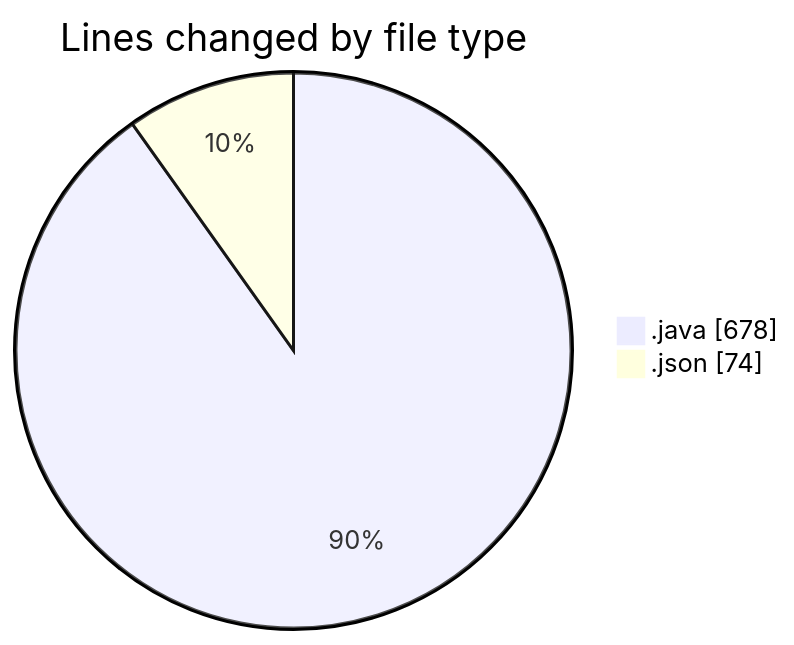
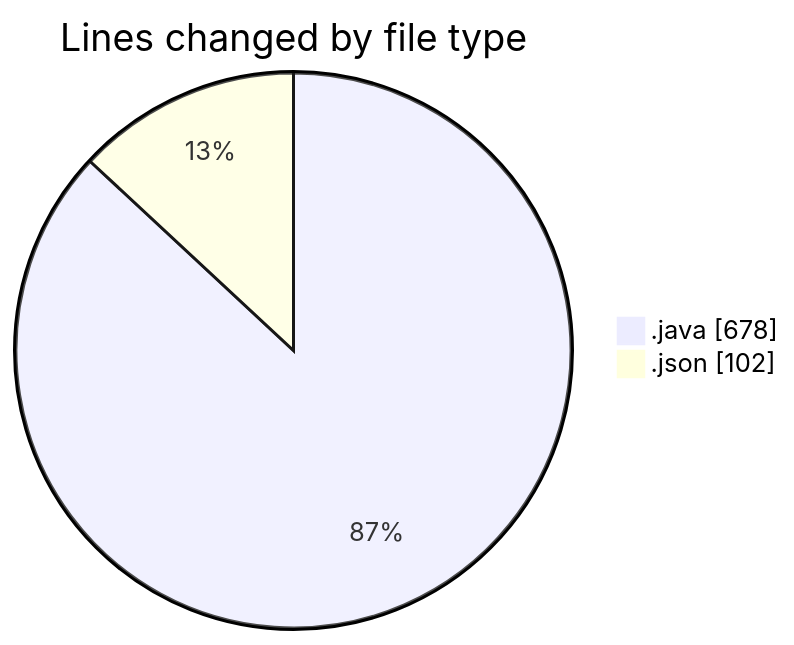
One commit to NitaiMahat/code-tracking changed the first of 2 diagrams in 2025-05-27/minisocialnetwork/README.md. Above: the diagram before and after it, drawn with Mermaid. The commit also changed other lines of this file and 1 other file, not shown here.

````diff
--- a/2025-05-27/minisocialnetwork/README.md
+++ b/2025-05-27/minisocialnetwork/README.md
@@ -31,6 +31,6 @@
 ```mermaid
 pie showData
 title Lines changed by file type
 ".java" : 678
-".json" : 74
+".json" : 102
 ```
````
